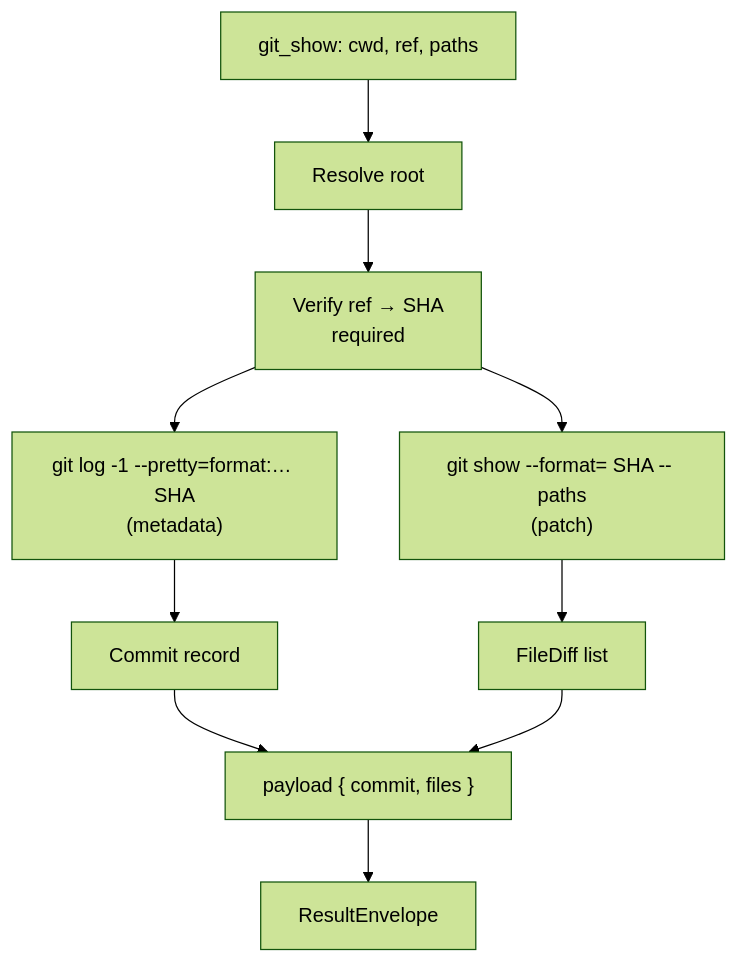
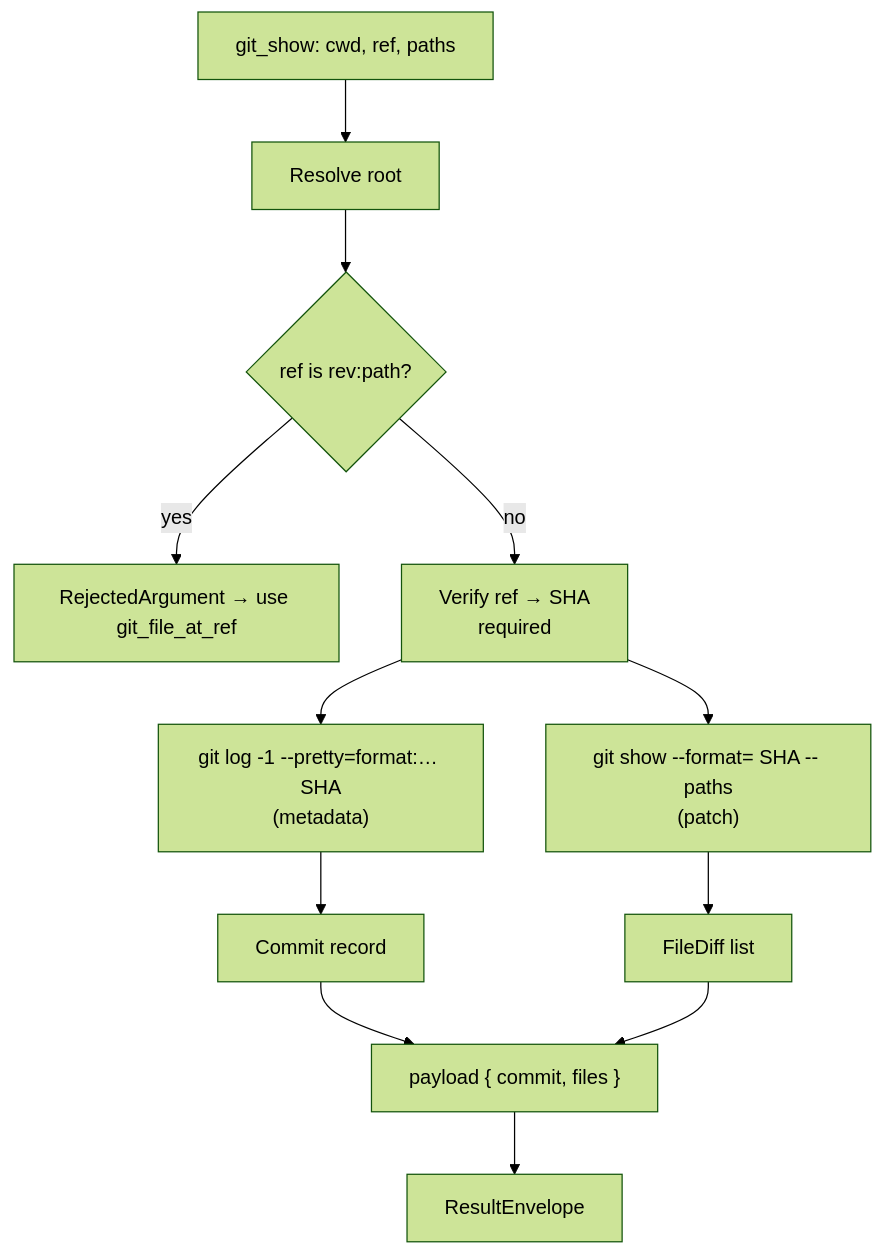
The fifth of 14 diagrams in src/RaccoonNinja.McpToolset.Server.GitOps/README.md (brenordv/mcp-toolset), drawn with Mermaid (forest theme) before and after one commit. The commit also changed other lines of this file and 34 other files, not shown here.

Commit message:
Introduce `git_file_at_ref` tool, new GitOps models, parsers, and tests for enhanced git object management. Add `stage` flag to `git_ls_files` tool.

````diff
--- a/src/RaccoonNinja.McpToolset.Server.GitOps/README.md
+++ b/src/RaccoonNinja.McpToolset.Server.GitOps/README.md
@@ -177,12 +182,14 @@
 ```mermaid
 flowchart TD
     A[git_show: cwd, ref, paths] --> B[Resolve root]
-    B --> C[Verify ref → SHA<br/>required]
+    B --> R{ref is rev:path?}
+    R -- yes --> X[RejectedArgument → use git_file_at_ref]
+    R -- no --> C[Verify ref → SHA<br/>required]
     C --> D["git log -1 --pretty=format:… SHA<br/>(metadata)"]
     C --> E["git show --format= SHA -- paths<br/>(patch)"]
     D --> F[Commit record]
     E --> G[FileDiff list]
     F --> H["payload { commit, files }"]
     G --> H
     H --> I[ResultEnvelope]
 ```
````
